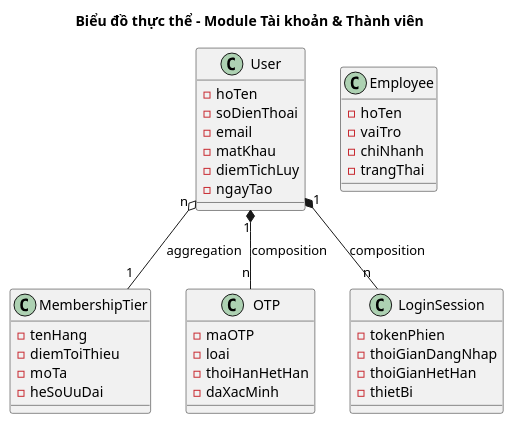
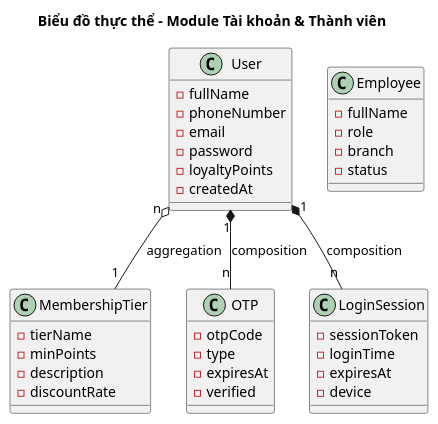
Before and after one commit to thanhtrnnn/cnpm: the first of 7 diagrams in docs/tabs/section-account-ii.md, drawn with PlantUML. The commit also changed other lines of this file and 21 other files, not shown here.

````diff
--- a/docs/tabs/section-account-ii.md
+++ b/docs/tabs/section-account-ii.md
@@ -103,42 +103,42 @@
 ```plantuml
 @startuml
 title Biểu đồ thực thể – Module Tài khoản & Thành viên
 
 class User {
-  -hoTen
-  -soDienThoai
+  -fullName
+  -phoneNumber
   -email
-  -matKhau
-  -diemTichLuy
-  -ngayTao
+  -password
+  -loyaltyPoints
+  -createdAt
 }
 class Employee {
-  -hoTen
-  -vaiTro
-  -chiNhanh
-  -trangThai
+  -fullName
+  -role
+  -branch
+  -status
 }
 class MembershipTier {
-  -tenHang
-  -diemToiThieu
-  -moTa
-  -heSoUuDai
+  -tierName
+  -minPoints
+  -description
+  -discountRate
 }
 class OTP {
-  -maOTP
-  -loai
-  -thoiHanHetHan
-  -daXacMinh
+  -otpCode
+  -type
+  -expiresAt
+  -verified
 }
 class LoginSession {
-  -tokenPhien
-  -thoiGianDangNhap
-  -thoiGianHetHan
-  -thietBi
+  -sessionToken
+  -loginTime
+  -expiresAt
+  -device
 }
 
 User "n" o-- "1" MembershipTier : aggregation
 User "1" *-- "n" OTP : composition
 User "1" *-- "n" LoginSession : composition
 @enduml
 ```
````
